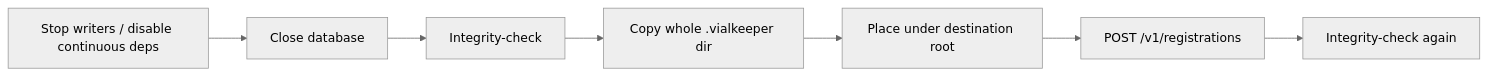
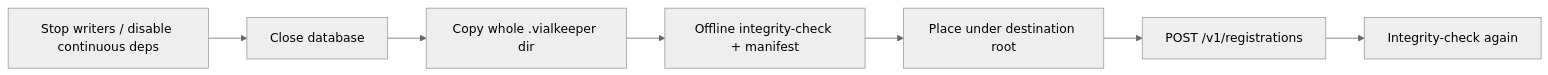
One commit to jmarceno/vialkeeper changed the first of 2 diagrams in Operations.md. Above: the diagram before and after it, drawn with Mermaid (neutral theme). The commit also changed other lines of this file and 8 other files, not shown here.

````diff
--- a/Operations.md
+++ b/Operations.md
@@ -229,9 +229,9 @@
 ```mermaid
 flowchart LR
   A[Stop writers / disable continuous deps] --> B[Close database]
-  B --> C[Integrity-check]
-  C --> D[Copy whole .vialkeeper dir]
+  B --> C[Copy whole .vialkeeper dir]
+  C --> D[Offline integrity-check + manifest]
   D --> E[Place under destination root]
   E --> F[POST /v1/registrations]
   F --> G[Integrity-check again]
 ```
````
